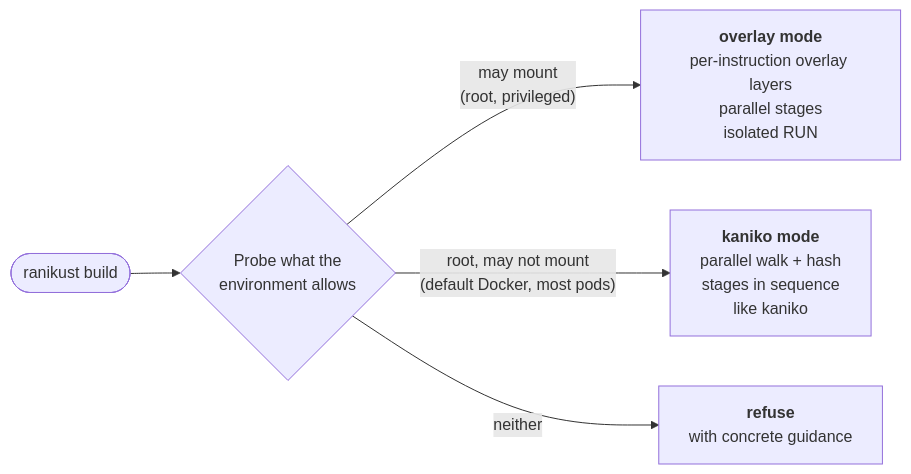
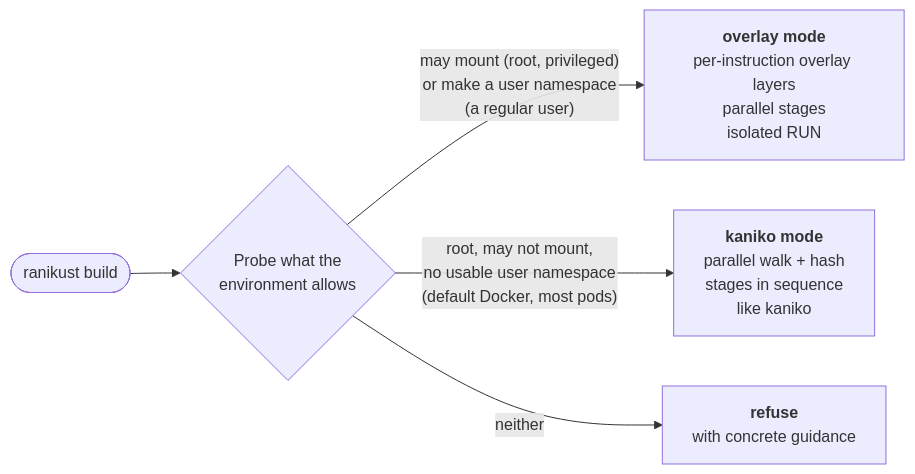
Before and after one commit to tran4774/ranikust: the diagram in README.md, drawn with Mermaid. The commit also changed other lines of this file and 69 other files, not shown here.

First line of the commit message:
feat(ranikust,rnk-sandbox,rnk-store): rootless overlay mode end to end, --allow proc.rbind, root's fallback to kaniko mode (#194)

````diff
--- a/README.md
+++ b/README.md
@@ -59,7 +59,7 @@
 ```mermaid
 flowchart LR
     build(["ranikust build"]) --> probe{"Probe what the<br/>environment allows"}
-    probe -- "may mount<br/>(root, privileged)" --> overlay["<b>overlay mode</b><br/>per-instruction overlay layers<br/>parallel stages<br/>isolated RUN"]
-    probe -- "root, may not mount<br/>(default Docker, most pods)" --> kaniko["<b>kaniko mode</b><br/>parallel walk + hash<br/>stages in sequence<br/>like kaniko"]
+    probe -- "may mount (root, privileged)<br/>or make a user namespace<br/>(a regular user)" --> overlay["<b>overlay mode</b><br/>per-instruction overlay layers<br/>parallel stages<br/>isolated RUN"]
+    probe -- "root, may not mount,<br/>no usable user namespace<br/>(default Docker, most pods)" --> kaniko["<b>kaniko mode</b><br/>parallel walk + hash<br/>stages in sequence<br/>like kaniko"]
     probe -- "neither" --> refuse["<b>refuse</b><br/>with concrete guidance"]
 ```
````
